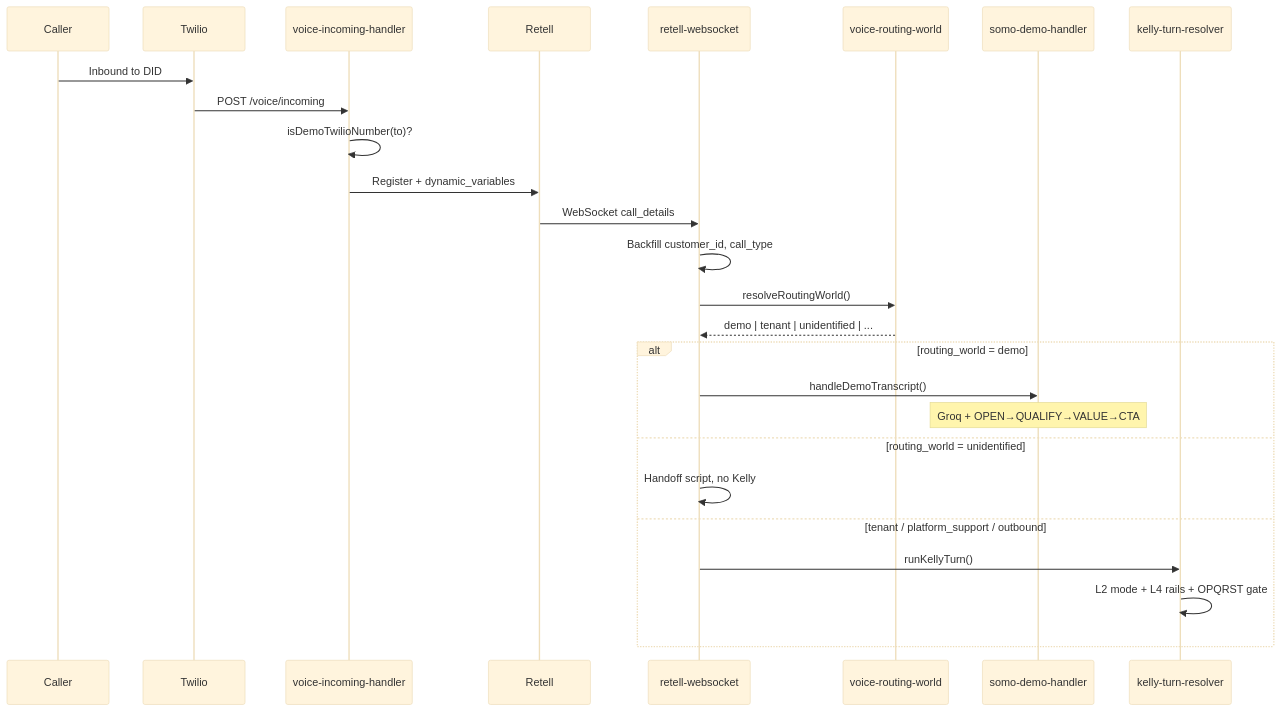
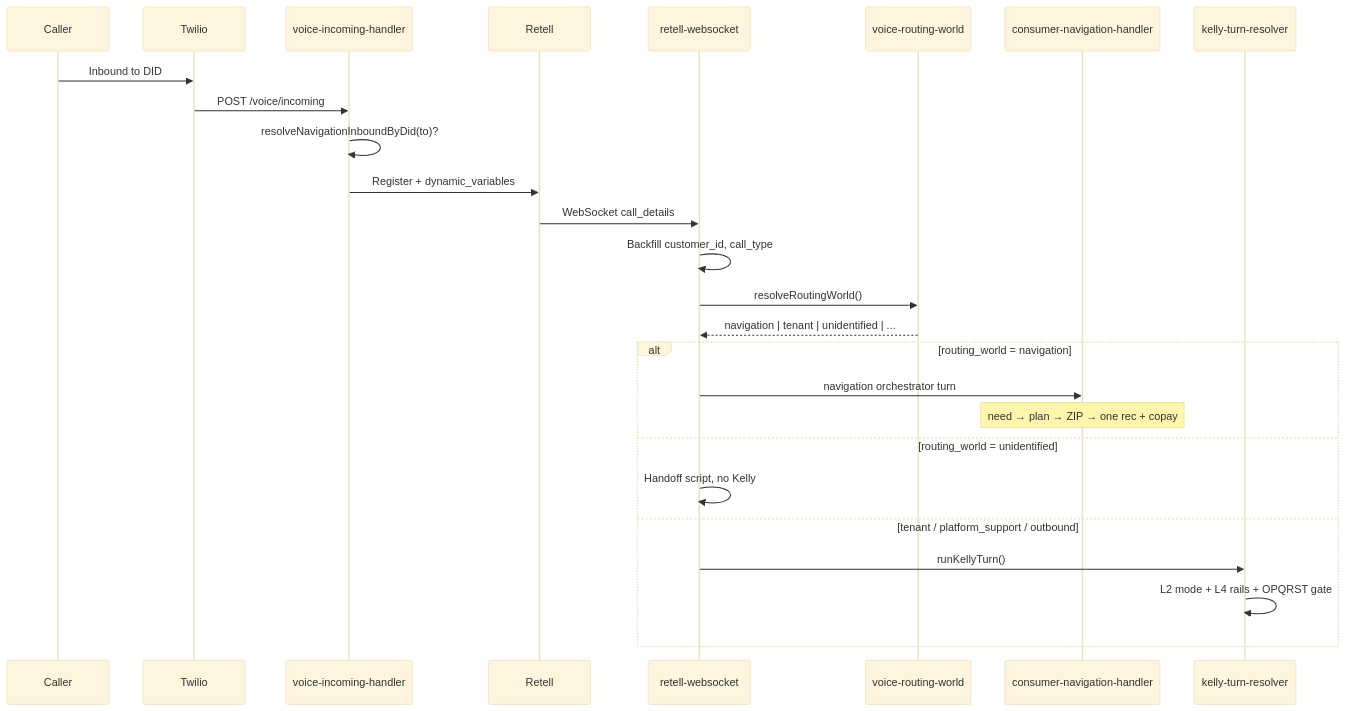
One commit to thetradingdoc/somo-platform changed the second of 6 diagrams in docs/voice/VOICE_ROUTING_ARCHITECTURE.md. Above: the diagram before and after it, drawn with Mermaid (base theme). The commit also changed other lines of this file and 271 other files, not shown here.

First line of the commit message:
feat(navigation): route platform DID to patient navigator; retire somo-demo and somo-landing

````diff
--- a/docs/voice/VOICE_ROUTING_ARCHITECTURE.md
+++ b/docs/voice/VOICE_ROUTING_ARCHITECTURE.md
@@ -95,29 +97,29 @@
 ```mermaid
 sequenceDiagram
   participant C as Caller
   participant T as Twilio
   participant VI as voice-incoming-handler
   participant R as Retell
   participant WS as retell-websocket
   participant RW as voice-routing-world
-  participant D as somo-demo-handler
+  participant N as consumer-navigation-handler
   participant K as kelly-turn-resolver
 
   C->>T: Inbound to DID
   T->>VI: POST /voice/incoming
-  VI->>VI: isDemoTwilioNumber(to)?
+  VI->>VI: resolveNavigationInboundByDid(to)?
   VI->>R: Register + dynamic_variables
   R->>WS: WebSocket call_details
   WS->>WS: Backfill customer_id, call_type
   WS->>RW: resolveRoutingWorld()
-  RW-->>WS: demo | tenant | unidentified | ...
-  alt routing_world = demo
-    WS->>D: handleDemoTranscript()
-    Note over D: Groq + OPEN→QUALIFY→VALUE→CTA
+  RW-->>WS: navigation | tenant | unidentified | ...
+  alt routing_world = navigation
+    WS->>N: navigation orchestrator turn
+    Note over N: need → plan → ZIP → one rec + copay
   else routing_world = unidentified
     WS->>WS: Handoff script, no Kelly
   else tenant / platform_support / outbound
     WS->>K: runKellyTurn()
     K->>K: L2 mode + L4 rails + OPQRST gate
   end
 ```
````
